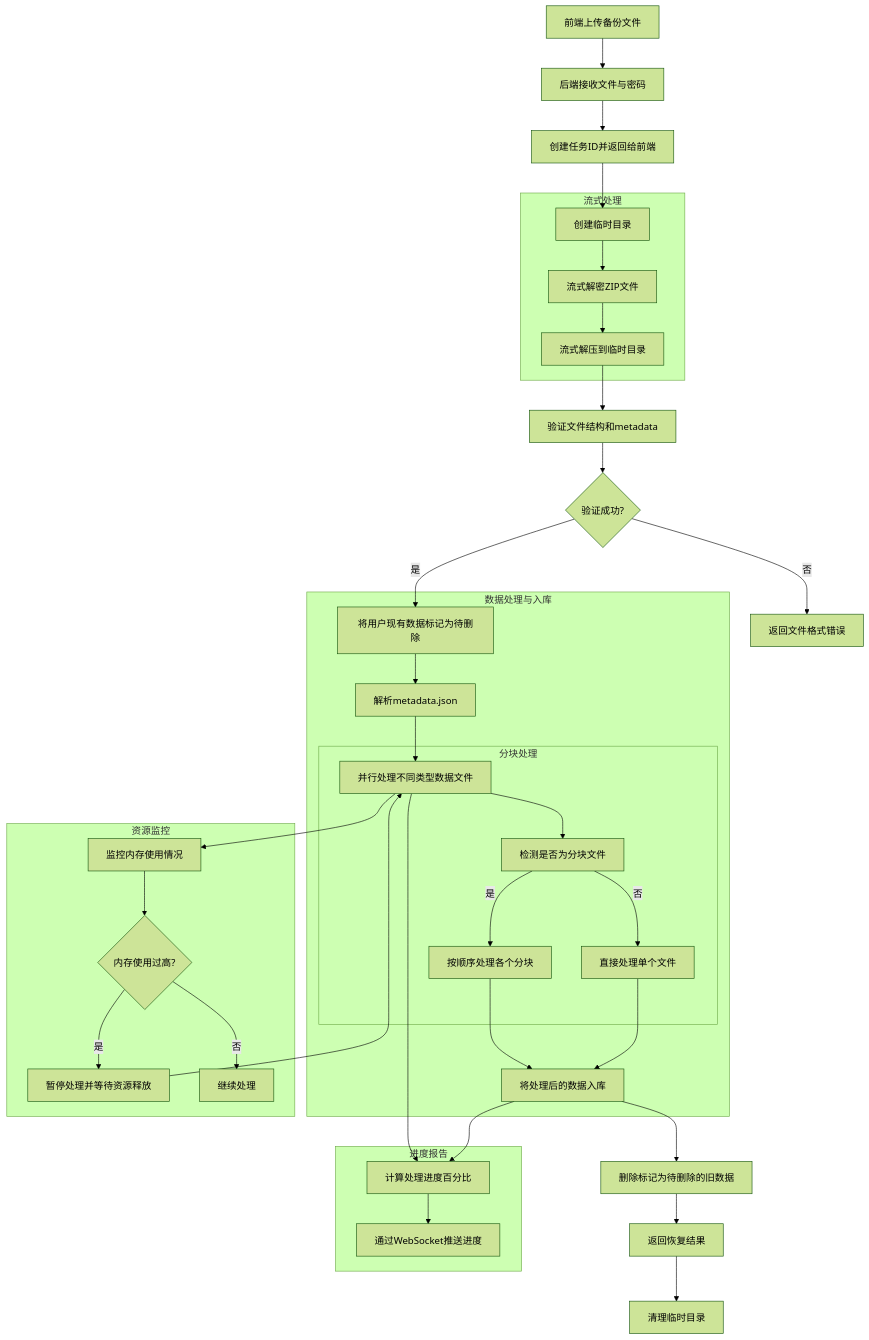
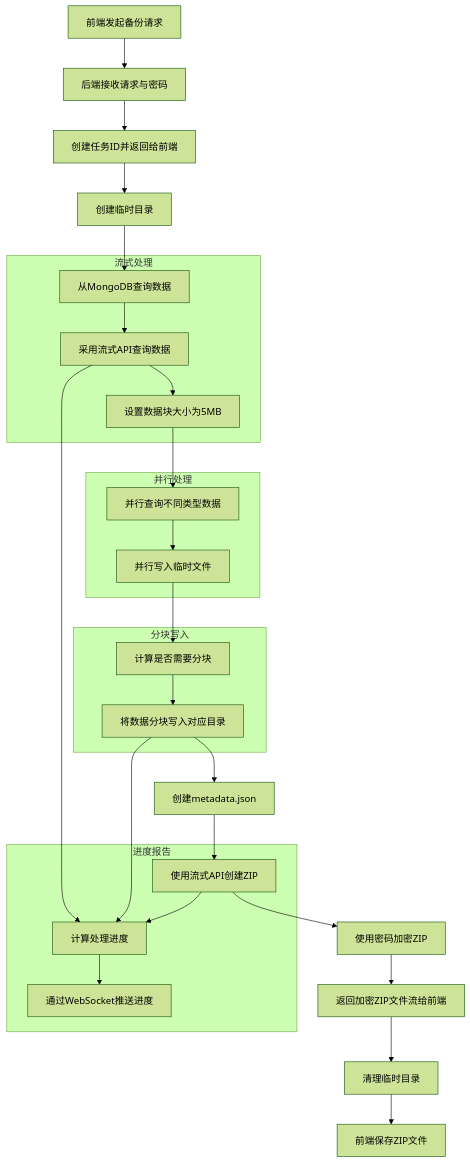
One commit to yingjianzh/iodraw-files changed the diagram in all/未命名-61.md. Above: the diagram before and after it, drawn with Mermaid (forest theme).

Commit message:
2025-05-15 16:42:14 update

````diff
--- a/all/未命名-61.md
+++ b/all/未命名-61.md
@@ -1,49 +1,37 @@
 ```mermaid
 flowchart TD
-    A[前端上传备份文件] --> B[后端接收文件与密码]
+    A[前端发起备份请求] --> B[后端接收请求与密码]
     B --> C[创建任务ID并返回给前端]
     C --> D[创建临时目录]
+    D --> E[从MongoDB查询数据]
     
     subgraph 流式处理
-      D --> E[流式解密ZIP文件]
-      E --> F[流式解压到临时目录]
+      E --> F[采用流式API查询数据]
+      F --> G[设置数据块大小为5MB]
     end
     
-    F --> G[验证文件结构和metadata]
-    G --> H{验证成功?}
-    H -->|否| I[返回文件格式错误]
-    
-    H -->|是| J[将用户现有数据标记为待删除]
-    
-    subgraph 数据处理与入库
-      J --> K[解析metadata.json]
-      K --> L[并行处理不同类型数据文件]
-      
-      subgraph 分块处理
-        L --> M[检测是否为分块文件]
-        M -->|是| N[按顺序处理各个分块]
-        M -->|否| O[直接处理单个文件]
-      end
-      
-      N --> P[将处理后的数据入库]
-      O --> P
+    subgraph 并行处理
+      G --> H[并行查询不同类型数据]
+      H --> I[并行写入临时文件]
     end
     
-    subgraph 资源监控
-      L --> Q[监控内存使用情况]
-      Q --> R{内存使用过高?}
-      R -->|是| S[暂停处理并等待资源释放]
-      S --> L
-      R -->|否| T[继续处理]
+    subgraph 分块写入
+      I --> J[计算是否需要分块]
+      J --> K[将数据分块写入对应目录]
     end
     
+    K --> L[创建metadata.json]
+    L --> M[使用流式API创建ZIP]
+    M --> N[使用密码加密ZIP]
+    
     subgraph 进度报告
-      L --> U[计算处理进度百分比]
-      P --> U
-      U --> V[通过WebSocket推送进度]
+      F --> O[计算处理进度]
+      K --> O
+      M --> O
+      O --> P[通过WebSocket推送进度]
     end
     
-    P --> W[删除标记为待删除的旧数据]
-    W --> X[返回恢复结果]
-    X --> Y[清理临时目录]
+    N --> Q[返回加密ZIP文件流给前端]
+    Q --> R[清理临时目录]
+    R --> S[前端保存ZIP文件]
 ```
````
